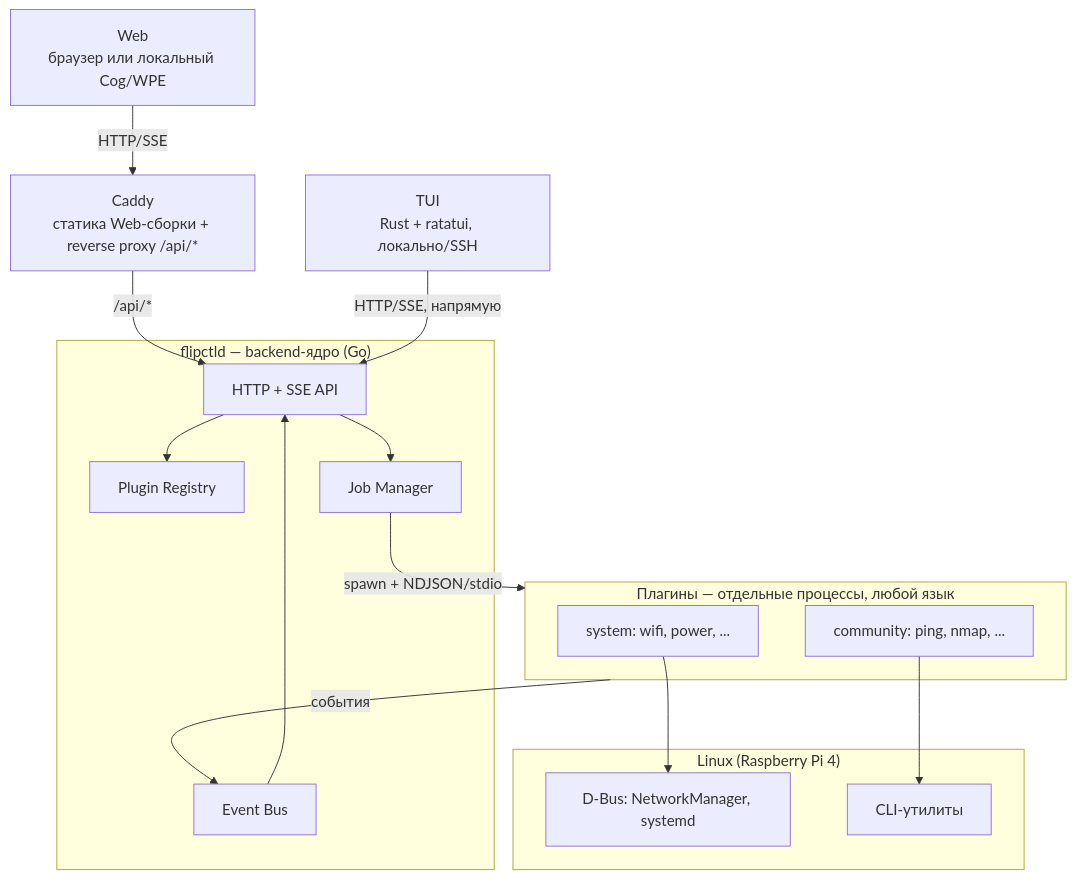
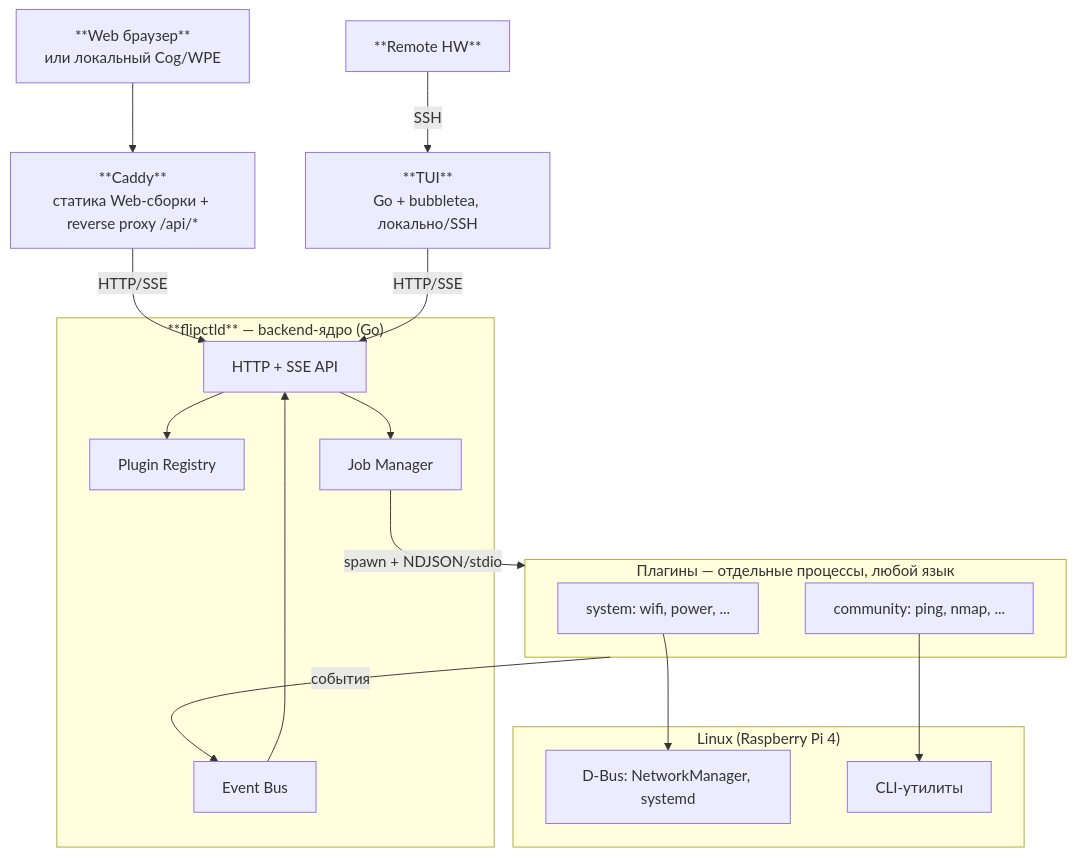
The first of 2 diagrams in arch.md (Atarity/flipctl), drawn with Mermaid before and after one commit. The commit also changed other lines of this file and 3 other files, not shown here.

Commit message:
ratatui (rust) → bubbletea (go)

````diff
--- a/arch.md
+++ b/arch.md
@@ -9,33 +9,35 @@
 ```mermaid
 flowchart TB
-    WEB["Web\nбраузер или локальный Cog/WPE"]
-    TUI["TUI\nRust + ratatui, локально/SSH"]
+    WEB["**Web браузер**<br> или локальный Cog/WPE"]
+    TUI["**TUI**<br>Go + bubbletea, локально/SSH"]
+    REMOTE["**Remote HW**"]
 
-    CADDY["Caddy\nстатика Web-сборки + reverse proxy /api/*"]
+    CADDY["**Caddy**<br>статика Web-сборки + reverse proxy /api/*"]
 
-    subgraph CORE["flipctld — backend-ядро (Go)"]
+    subgraph CORE["**flipctld** — backend-ядро (Go)"]
         API["HTTP + SSE API"]
         REG["Plugin Registry"]
         JM["Job Manager"]
         BUS["Event Bus"]
     end
 
     subgraph PLUGINS["Плагины — отдельные процессы, любой язык"]
         SYS["system: wifi, power, ..."]
         COM["community: ping, nmap, ..."]
     end
 
     subgraph OS["Linux (Raspberry Pi 4)"]
         DBUS["D-Bus: NetworkManager, systemd"]
         BIN["CLI-утилиты"]
     end
 
-    WEB -- "HTTP/SSE" --> CADDY -- "/api/*" --> API
-    TUI -- "HTTP/SSE, напрямую" --> API
+    WEB --> CADDY -- "HTTP/SSE" --> API
+    REMOTE -- "SSH" --> TUI
+    TUI -- "HTTP/SSE" --> API
     API --> REG
     API --> JM
     JM -- "spawn + NDJSON/stdio" --> PLUGINS
     PLUGINS -- события --> BUS --> API
     SYS --> DBUS
     COM --> BIN
 ```
````
